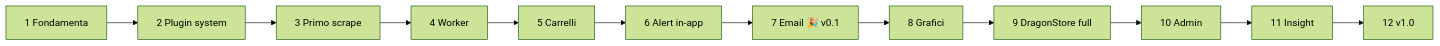
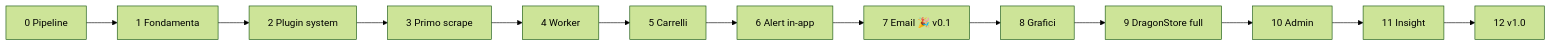
One commit to caporalesimone/watch-em-all changed the diagram in docs/development-flow/README.md. Above: the diagram before and after it, drawn with Mermaid (forest theme). The commit also changed other lines of this file and 14 other files, not shown here.

First line of the commit message:
docs: phase 0 (pipeline-first) and 1-hour MVP granularity across the dev flow

````diff
--- a/docs/development-flow/README.md
+++ b/docs/development-flow/README.md
@@ -45,6 +48,6 @@
 ```mermaid
 flowchart LR
-    F1[1 Fondamenta] --> F2[2 Plugin system] --> F3[3 Primo scrape] --> F4[4 Worker]
+    F0[0 Pipeline] --> F1[1 Fondamenta] --> F2[2 Plugin system] --> F3[3 Primo scrape] --> F4[4 Worker]
     F4 --> F5[5 Carrelli] --> F6[6 Alert in-app] --> F7[7 Email 🎉 v0.1]
     F7 --> F8[8 Grafici] --> F9[9 DragonStore full] --> F10[10 Admin] --> F11[11 Insight] --> F12[12 v1.0]
 ```
````
